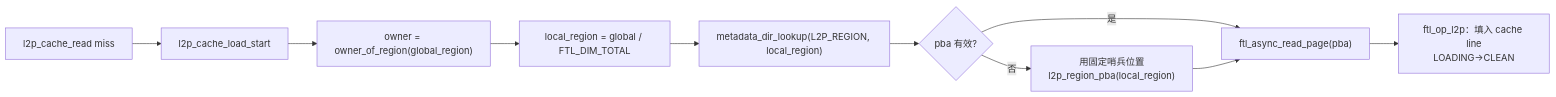
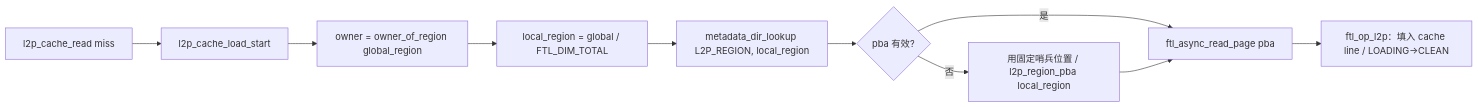
One commit to YzYMIAO/BASESSD changed the sixth of 28 diagrams in docs/design/ftl_design.md. Above: the diagram before and after it, drawn with Mermaid. The commit also changed other lines of this file, not shown here.

First line of the commit message:
docs(ftl): 修复 6 张 stateDiagram 的围栏粘连

````diff
--- a/docs/design/ftl_design.md
+++ b/docs/design/ftl_design.md
@@ -1206,12 +1206,12 @@
 ```mermaid
 flowchart LR
     A["l2p_cache_read miss"] --> B["l2p_cache_load_start"]
-    B --> C["owner = owner_of_region(global_region)"]
+    B --> C["owner = owner_of_region global_region"]
     C --> D["local_region = global / FTL_DIM_TOTAL"]
-    D --> E["metadata_dir_lookup(L2P_REGION, local_region)"]
+    D --> E["metadata_dir_lookup L2P_REGION, local_region"]
     E --> F{"pba 有效?"}
-    F -- "是" --> G["ftl_async_read_page(pba)"]
-    F -- "否" --> H["用固定哨兵位置<br/>l2p_region_pba(local_region)"]
+    F -- "是" --> G["ftl_async_read_page pba"]
+    F -- "否" --> H["用固定哨兵位置 / l2p_region_pba local_region"]
     H --> G
-    G --> I["ftl_op_l2p：填入 cache line<br/>LOADING→CLEAN"]
+    G --> I["ftl_op_l2p：填入 cache line / LOADING→CLEAN"]
 ```
````
